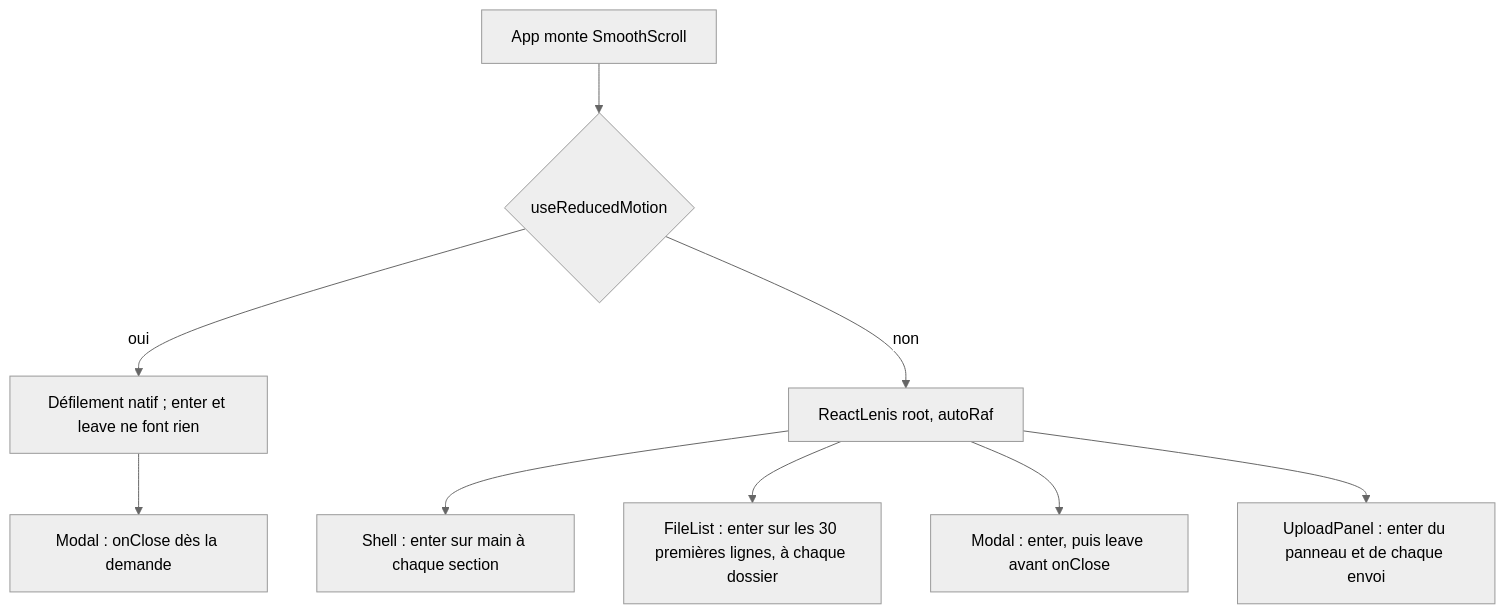
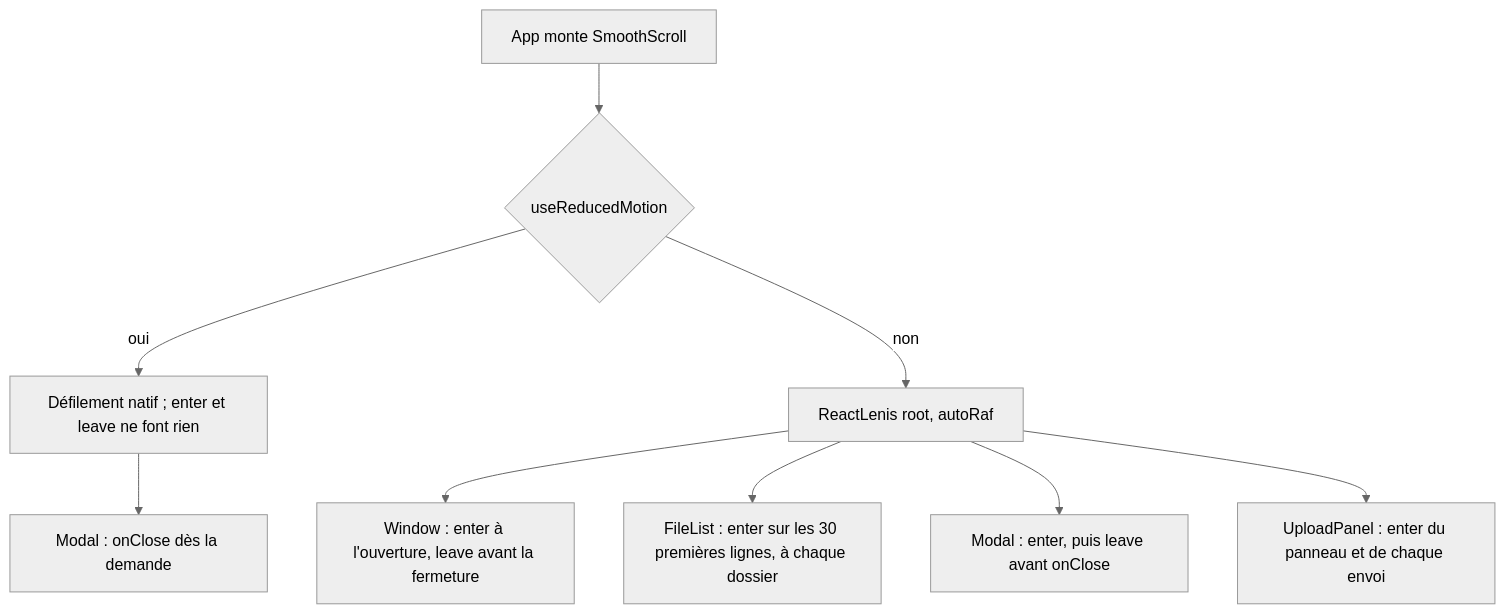
One commit to C2-POLY/cloud-os changed the third of 3 diagrams in docs/architecture/web.md. Above: the diagram before and after it, drawn with Mermaid (neutral theme). The commit also changed other lines of this file and 10 other files, not shown here.

````diff
--- a/docs/architecture/web.md
+++ b/docs/architecture/web.md
@@ -95,11 +126,11 @@
 ```mermaid
 flowchart TD
     A[App monte SmoothScroll] --> B{useReducedMotion}
     B -- oui --> C[Défilement natif ; enter et leave ne font rien]
     C --> C2[Modal : onClose dès la demande]
     B -- non --> D[ReactLenis root, autoRaf]
-    D --> G[Shell : enter sur main à chaque section]
+    D --> G[Window : enter à l'ouverture, leave avant la fermeture]
     D --> H[FileList : enter sur les 30 premières lignes, à chaque dossier]
     D --> I[Modal : enter, puis leave avant onClose]
     D --> J[UploadPanel : enter du panneau et de chaque envoi]
 ```
````
